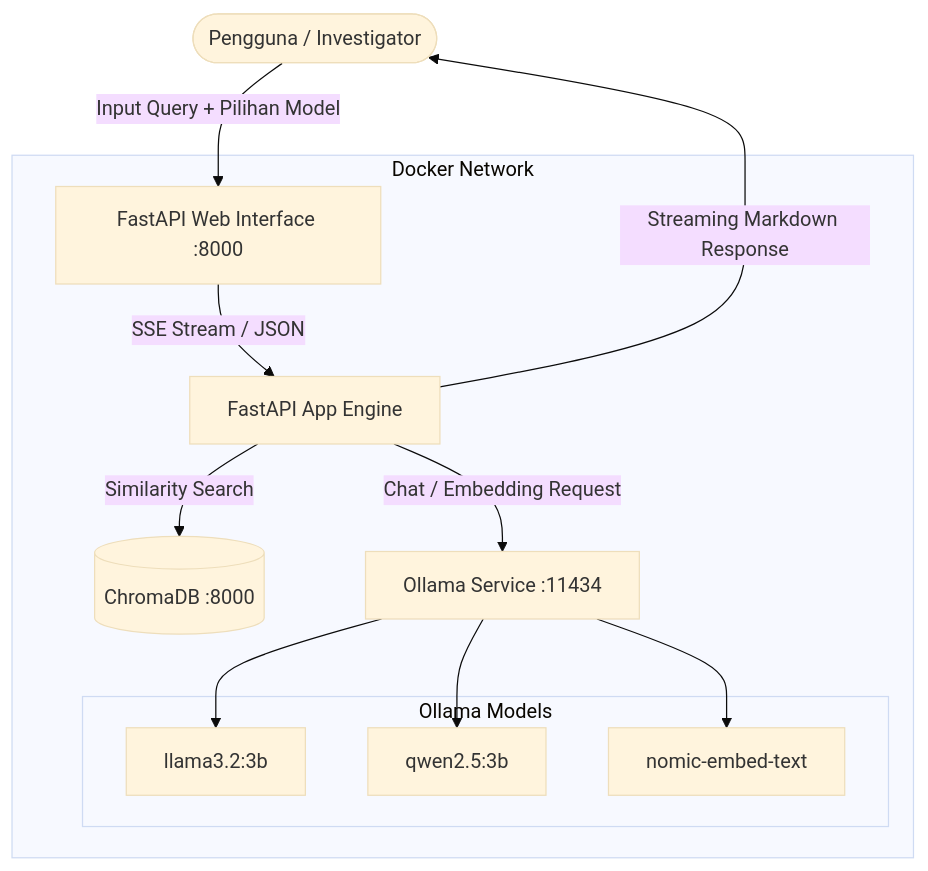
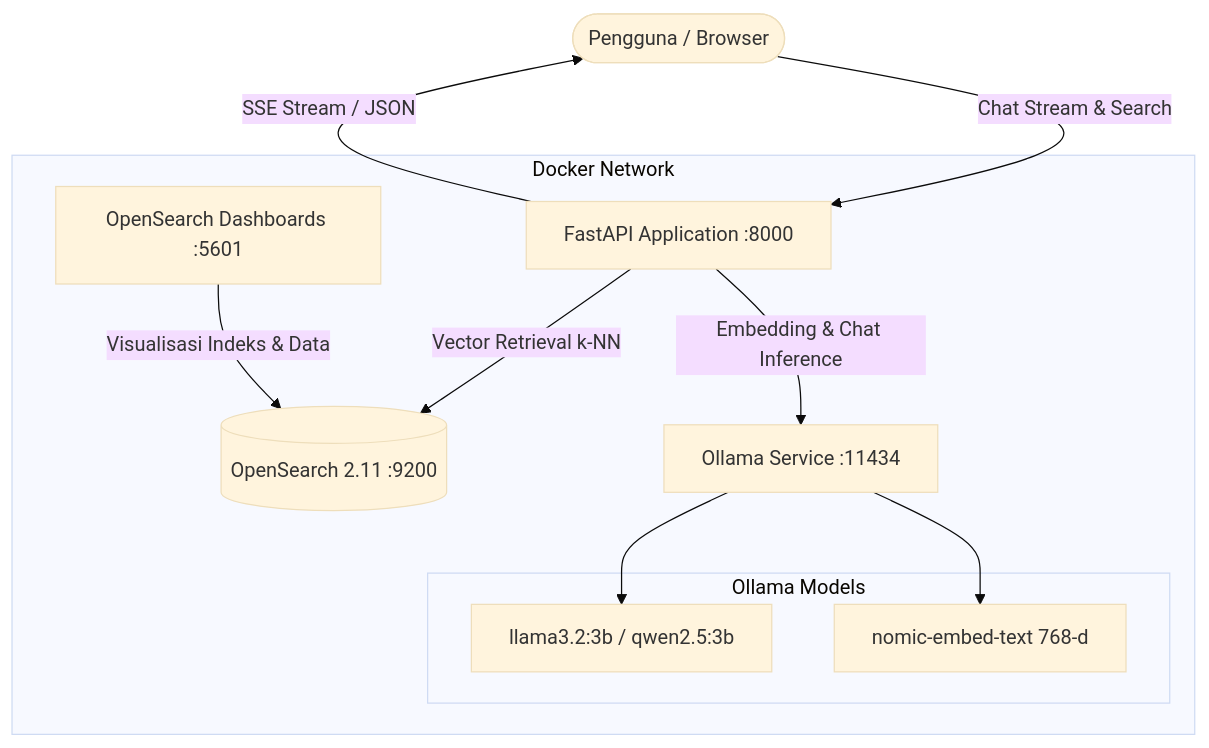
One commit to Danzyyyy/S.O.N.A.R changed the diagram in README.md. Above: the diagram before and after it, drawn with Mermaid (base theme). The commit also changed other lines of this file and 24 other files, not shown here.

Commit message:
feat: integrasi OpenSearch k-NN, knowledge base SOP akademik Pertemuan 6, dan dokumentasi Docker

````diff
--- a/README.md
+++ b/README.md
@@ -36,23 +36,20 @@
 ```mermaid
 flowchart TD
-    User([Pengguna / Investigator]) -->|Input Query + Pilihan Model| WebUI[FastAPI Web Interface :8000]
+    User([Pengguna / Browser]) -->|Chat Stream & Search| API[FastAPI Application :8000]
     
     subgraph Docker Network
-        WebUI -->|SSE Stream / JSON| Engine[FastAPI App Engine]
+        API -->|Vector Retrieval k-NN| OS[(OpenSearch 2.11 :9200)]
+        API -->|Embedding & Chat Inference| Ollama[Ollama Service :11434]
         
-        Engine -->|Similarity Search| VectorStore[(ChromaDB :8000)]
-        Engine -->|Chat / Embedding Request| OllamaServer[Ollama Service :11434]
+        Dashboard[OpenSearch Dashboards :5601] -->|Visualisasi Indeks & Data| OS
         
         subgraph Ollama Models
-            Llama[llama3.2:3b]
-            Qwen[qwen2.5:3b]
-            Embed[nomic-embed-text]
+            M1[llama3.2:3b / qwen2.5:3b]
+            M2[nomic-embed-text 768-d]
         end
-        
-        OllamaServer --> Llama
-        OllamaServer --> Qwen
-        OllamaServer --> Embed
+        Ollama --> M1
+        Ollama --> M2
     end
-
-    Engine -->|Streaming Markdown Response| User
+    
+    API -->|SSE Stream / JSON| User
 ```
````
